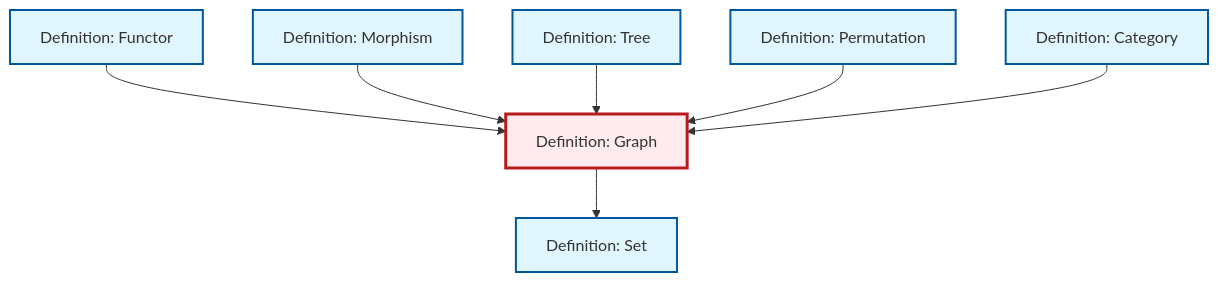
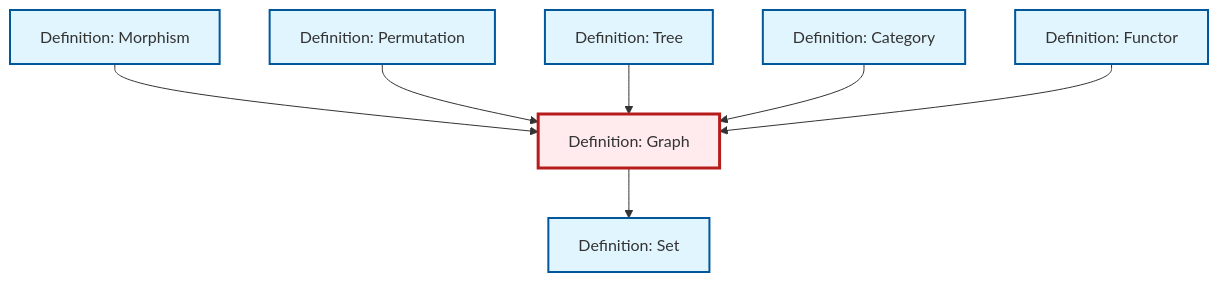
The diagram in content/en/combinatorics/def-graph.qmd (RK0429/ModernMath), drawn with Mermaid before and after one commit. The commit also changed other lines of this file and 360 other files, not shown here.

````diff
--- a/content/en/combinatorics/def-graph.qmd
+++ b/content/en/combinatorics/def-graph.qmd
@@ -90,29 +90,29 @@
 ```{mermaid}
 %%| fig-cap: "Local dependency graph"
 graph TD
     classDef definition fill:#e1f5fe,stroke:#01579b,stroke-width:2px
     classDef theorem fill:#f3e5f5,stroke:#4a148c,stroke-width:2px
     classDef axiom fill:#fff3e0,stroke:#e65100,stroke-width:2px
     classDef example fill:#e8f5e9,stroke:#1b5e20,stroke-width:2px
     classDef current fill:#ffebee,stroke:#b71c1c,stroke-width:3px
-    def-permutation["Definition: Permutation"]:::definition
+    def-morphism["Definition: Morphism"]:::definition
     def-functor["Definition: Functor"]:::definition
     def-category["Definition: Category"]:::definition
+    def-set["Definition: Set"]:::definition
     def-tree["Definition: Tree"]:::definition
-    def-set["Definition: Set"]:::definition
-    def-morphism["Definition: Morphism"]:::definition
     def-graph["Definition: Graph"]:::definition
+    def-permutation["Definition: Permutation"]:::definition
+    def-morphism --> def-graph
+    def-permutation --> def-graph
+    def-tree --> def-graph
+    def-category --> def-graph
     def-functor --> def-graph
-    def-morphism --> def-graph
     def-graph --> def-set
-    def-tree --> def-graph
-    def-permutation --> def-graph
-    def-category --> def-graph
     class def-graph current
-    click def-permutation "def-permutation.html" "Go to Permutation definition"
+    click def-morphism "def-morphism.html" "Go to Morphism definition"
     click def-functor "def-functor.html" "Go to Functor definition"
     click def-category "def-category.html" "Go to Category definition"
+    click def-set "def-set.html" "Go to Set definition"
     click def-tree "def-tree.html" "Go to Tree definition"
-    click def-set "def-set.html" "Go to Set definition"
-    click def-morphism "def-morphism.html" "Go to Morphism definition"
+    click def-permutation "def-permutation.html" "Go to Permutation definition"
 ```
````
